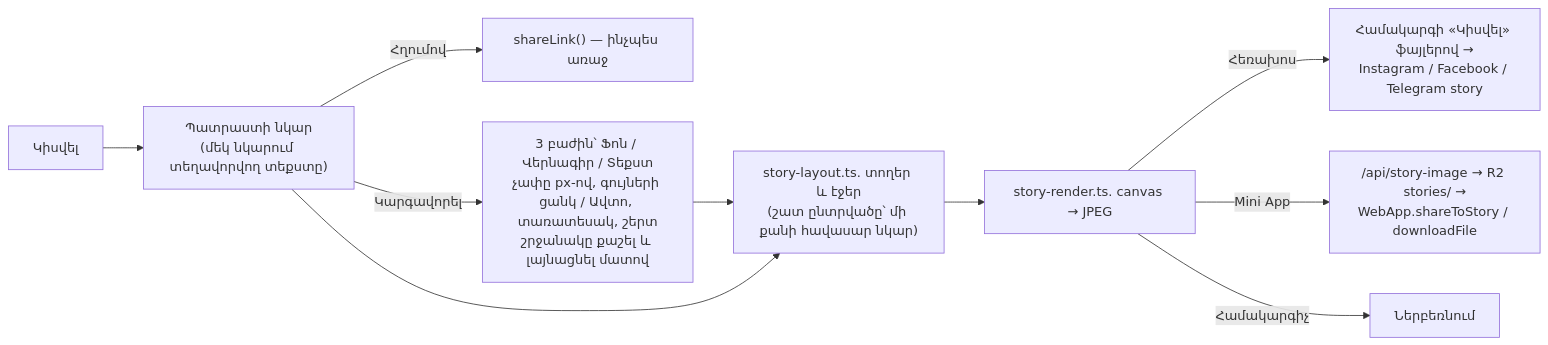
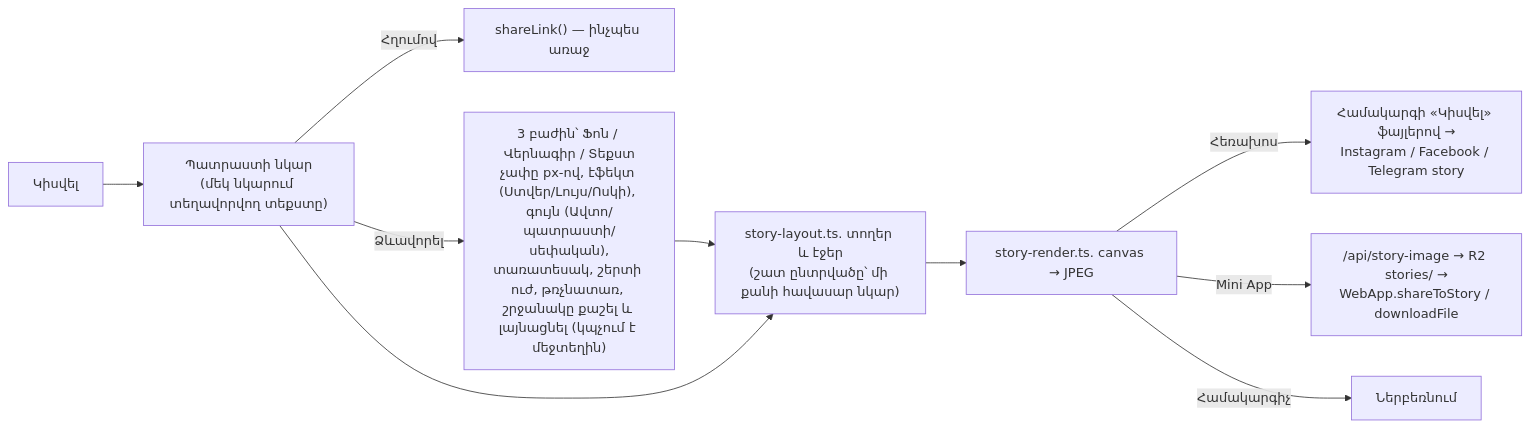
Before and after one commit to T0n0yan/armenian-apostolic-digital-library: diagram 19 of 25 in docs/ARCHITECTURE.md, drawn with Mermaid. The commit also changed other lines of this file and 7 other files, not shown here.

First line of the commit message:
Նկարով կիսվել. նոր ձևավորում՝ էֆեկտներ (ոսկի, լույս), թռչնատառ, գույն ընտրելու պատուհան, շերտի սահիչ, մեջտեղին կպչել

````diff
--- a/docs/ARCHITECTURE.md
+++ b/docs/ARCHITECTURE.md
@@ -525,12 +525,12 @@
 ```mermaid
 flowchart LR
   SB["Կիսվել"] --> PRE["Պատրաստի նկար<br/>(մեկ նկարում տեղավորվող տեքստը)"]
   PRE -->|Հղումով| LINK["shareLink() — ինչպես առաջ"]
-  PRE -->|Կարգավորել| ED["3 բաժին՝ Ֆոն / Վերնագիր / Տեքստ<br/>չափը px-ով, գույների ցանկ / Ավտո, տառատեսակ, շերտ<br/>շրջանակը քաշել և լայնացնել մատով"]
+  PRE -->|Ձևավորել| ED["3 բաժին՝ Ֆոն / Վերնագիր / Տեքստ<br/>չափը px-ով, էֆեկտ (Ստվեր/Լույս/Ոսկի), գույն (Ավտո/պատրաստի/սեփական),<br/>տառատեսակ, շերտի ուժ, թռչնատառ, շրջանակը քաշել և լայնացնել (կպչում է մեջտեղին)"]
   ED --> PLAN["story-layout.ts. տողեր և էջեր<br/>(շատ ընտրվածը՝ մի քանի հավասար նկար)"]
   PRE --> PLAN
   PLAN --> CV["story-render.ts. canvas → JPEG"]
   CV -->|Հեռախոս| OS["Համակարգի «Կիսվել» ֆայլերով →<br/>Instagram / Facebook / Telegram story"]
   CV -->|Mini App| UP["/api/story-image → R2 stories/ →<br/>WebApp.shareToStory / downloadFile"]
   CV -->|Համակարգիչ| DL["Ներբեռնում"]
 ```
````
